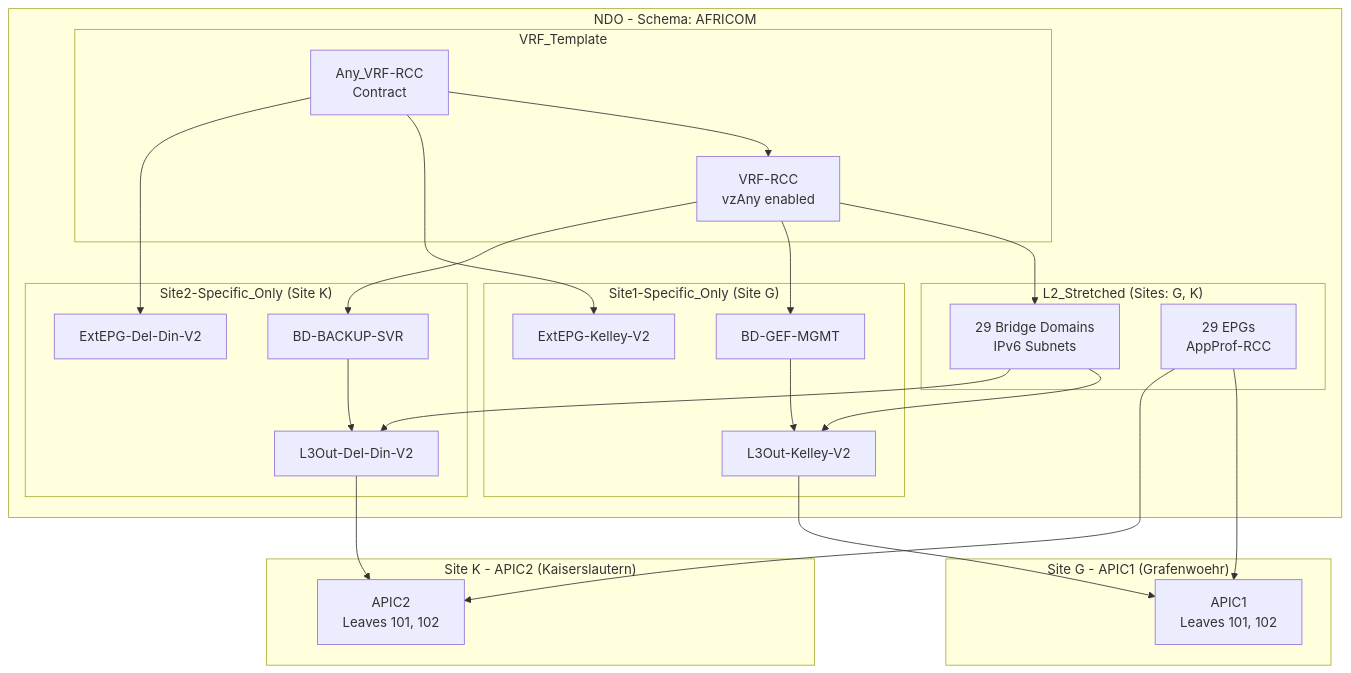
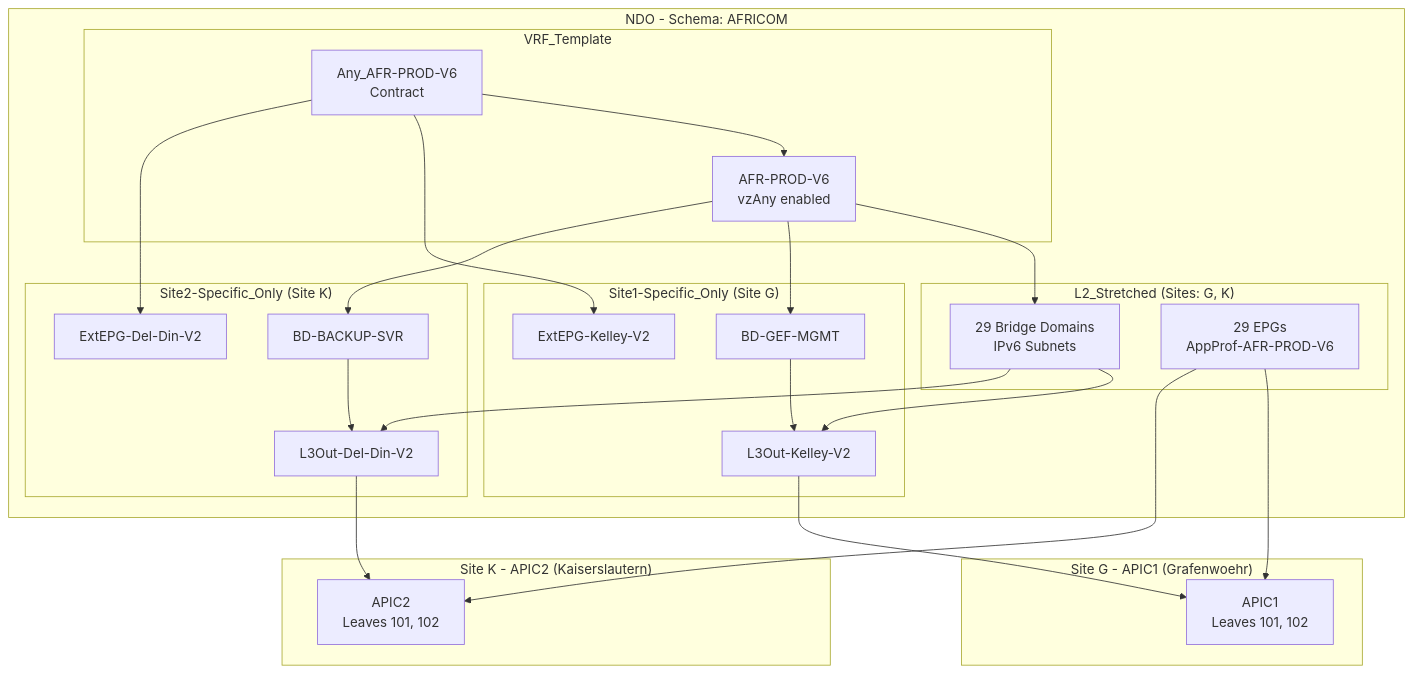
The diagram in docs/ARCHITECTURE_DIAGRAM.md (johngbarberctr/terraform_redesign_esg), drawn with Mermaid before and after one commit. The commit also changed other lines of this file and 17 other files, not shown here.

First line of the commit message:
refactor(aci-ndo-ipv6): rebrand RCC objects to AFRICOM/AFR-PROD-V6

````diff
--- a/docs/ARCHITECTURE_DIAGRAM.md
+++ b/docs/ARCHITECTURE_DIAGRAM.md
@@ -250,51 +250,51 @@
 ```mermaid
 graph TB
     subgraph NDO["NDO - Schema: AFRICOM"]
         subgraph VRF_Template["VRF_Template"]
-            VRF[VRF-RCC<br/>vzAny enabled]
-            Contract[Any_VRF-RCC<br/>Contract]
+            VRF[AFR-PROD-V6<br/>vzAny enabled]
+            Contract[Any_AFR-PROD-V6<br/>Contract]
         end
         
         subgraph L2_Stretched["L2_Stretched (Sites: G, K)"]
             BDs[29 Bridge Domains<br/>IPv6 Subnets]
-            EPGs[29 EPGs<br/>AppProf-RCC]
+            EPGs[29 EPGs<br/>AppProf-AFR-PROD-V6]
         end
         
         subgraph G_Only["Site1-Specific_Only (Site G)"]
             L3OUT_G[L3Out-Kelley-V2]
             EXTEPG_G[ExtEPG-Kelley-V2]
             BD_GEF[BD-GEF-MGMT]
         end
         
         subgraph K_Only["Site2-Specific_Only (Site K)"]
             L3OUT_K[L3Out-Del-Din-V2]
             EXTEPG_K[ExtEPG-Del-Din-V2]
             BD_BACKUP[BD-BACKUP-SVR]
         end
     end
     
     subgraph Site_G["Site G - APIC1 (Grafenwoehr)"]
         APIC1[APIC1<br/>Leaves 101, 102]
     end
     
     subgraph Site_K["Site K - APIC2 (Kaiserslautern)"]
         APIC2[APIC2<br/>Leaves 101, 102]
     end
     
     VRF --> BDs
     VRF --> BD_GEF
     VRF --> BD_BACKUP
     Contract --> VRF
     Contract --> EXTEPG_G
     Contract --> EXTEPG_K
     
     BDs --> L3OUT_G
     BDs --> L3OUT_K
     BD_GEF --> L3OUT_G
     BD_BACKUP --> L3OUT_K
     
     L3OUT_G --> APIC1
     L3OUT_K --> APIC2
     EPGs --> APIC1
     EPGs --> APIC2
 ```
````
